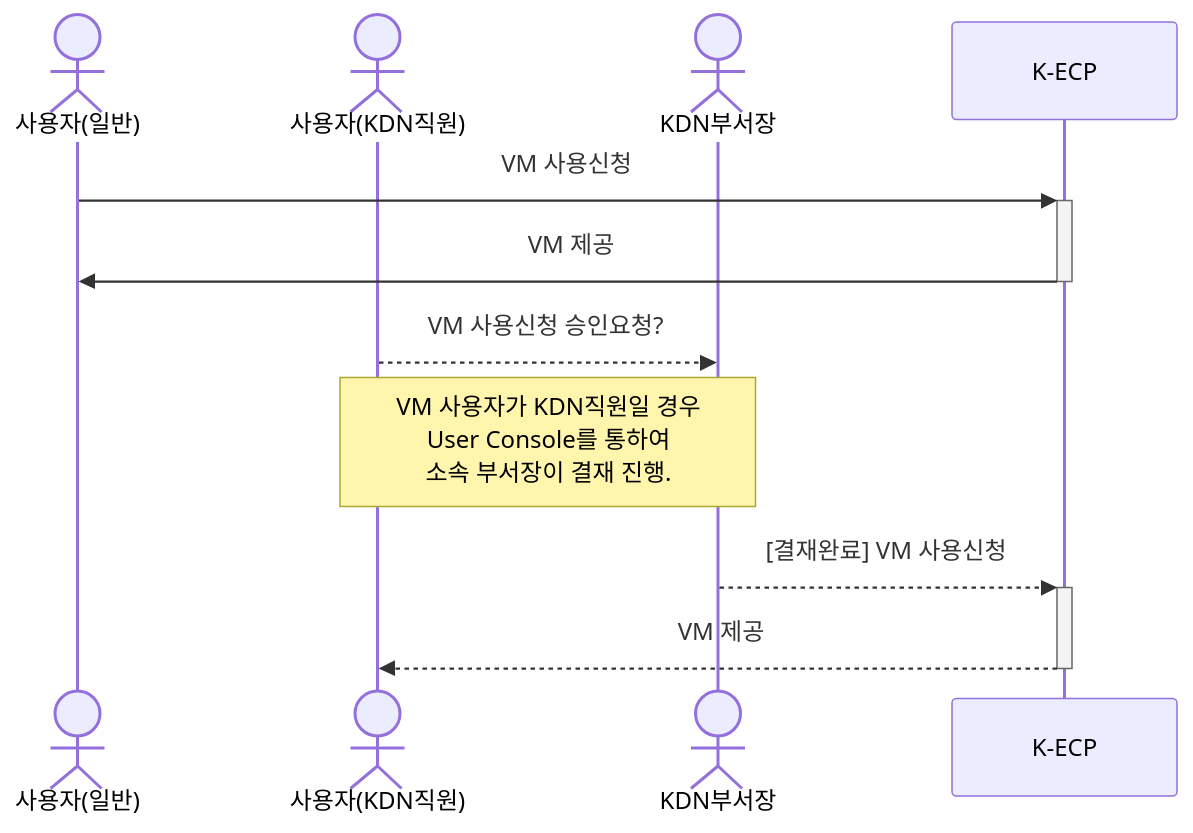
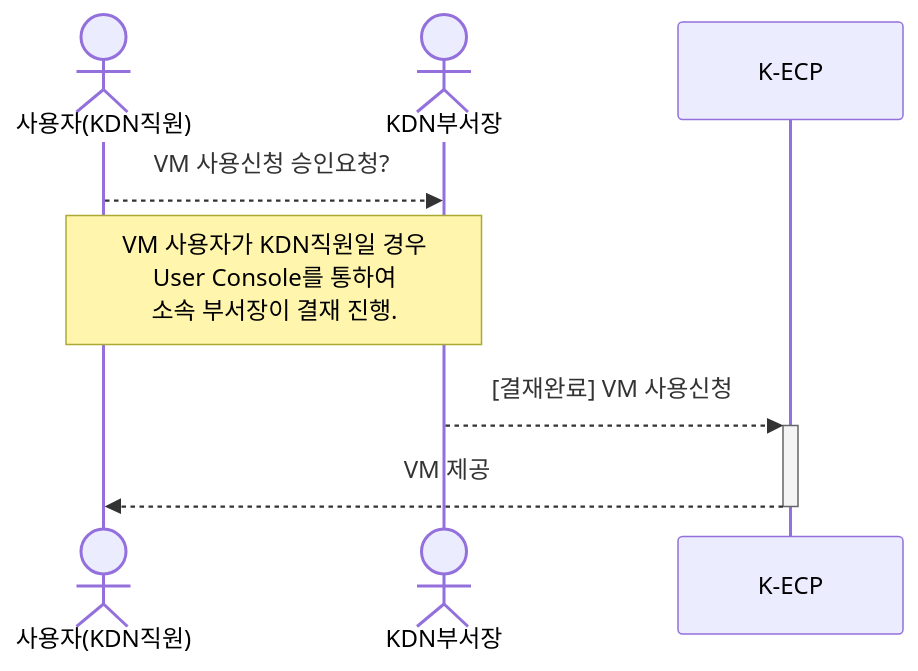
One commit to KDN-ECP/guidebooks changed the first of 2 diagrams in mdfiles/VirtualMachine_started.md. Above: the diagram before and after it, drawn with Mermaid. The commit also changed other lines of this file, not shown here.

````diff
--- a/mdfiles/VirtualMachine_started.md
+++ b/mdfiles/VirtualMachine_started.md
@@ -39,12 +40,9 @@
 ```mermaid
 sequenceDiagram
-  actor 사용자(일반)
   actor 사용자(KDN직원)
   actor KDN부서장
-  사용자(일반) ->>+ K-ECP: VM 사용신청
-  K-ECP ->>- 사용자(일반): VM 제공
   사용자(KDN직원) -->> KDN부서장: VM 사용신청 승인요청?
   Note over 사용자(KDN직원), KDN부서장: VM 사용자가 KDN직원일 경우<br/>User Console를 통하여<br/>소속 부서장이 결재 진행.
   KDN부서장 -->>+ K-ECP: [결재완료] VM 사용신청
   K-ECP -->>- 사용자(KDN직원): VM 제공
 ```
````
